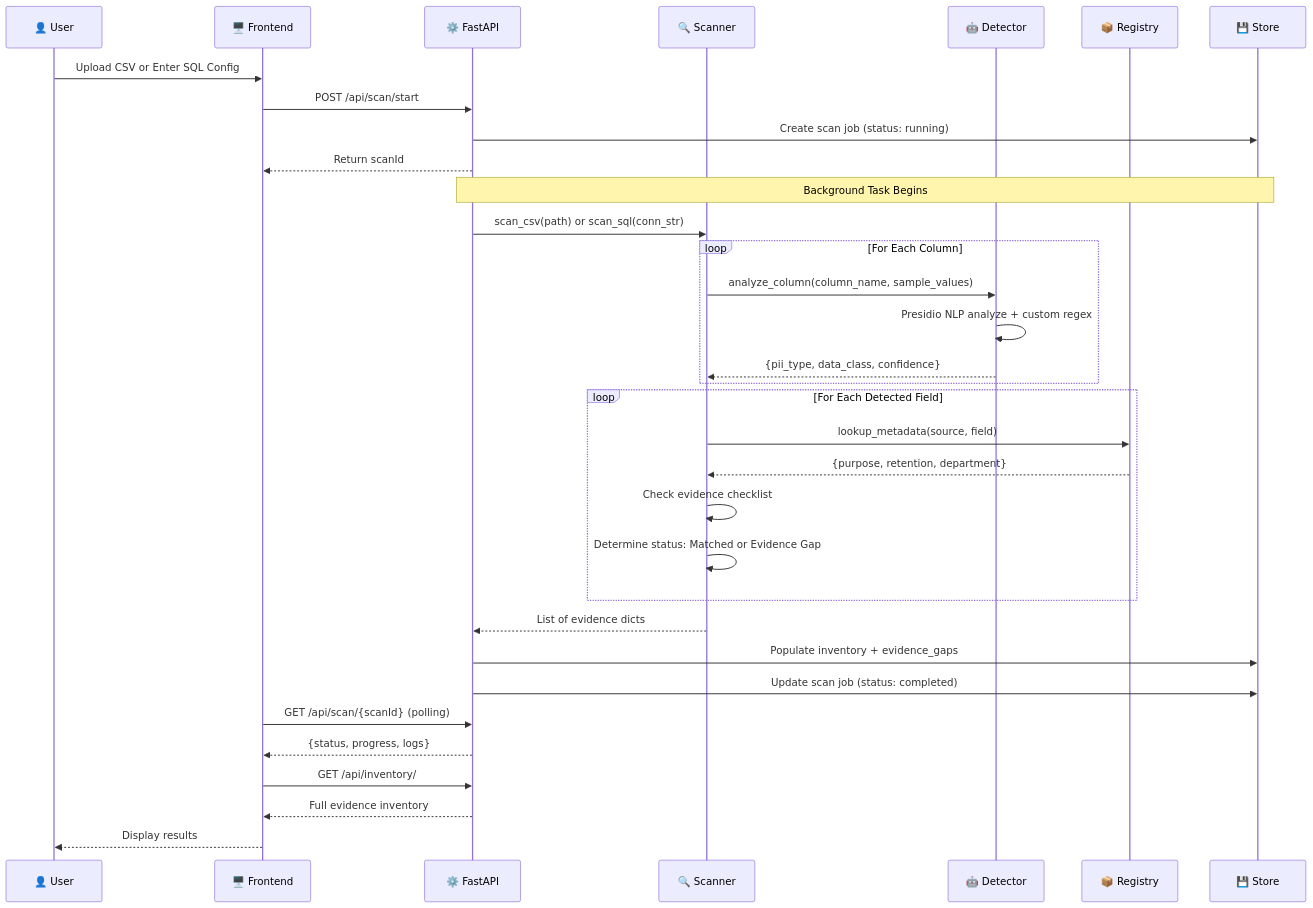
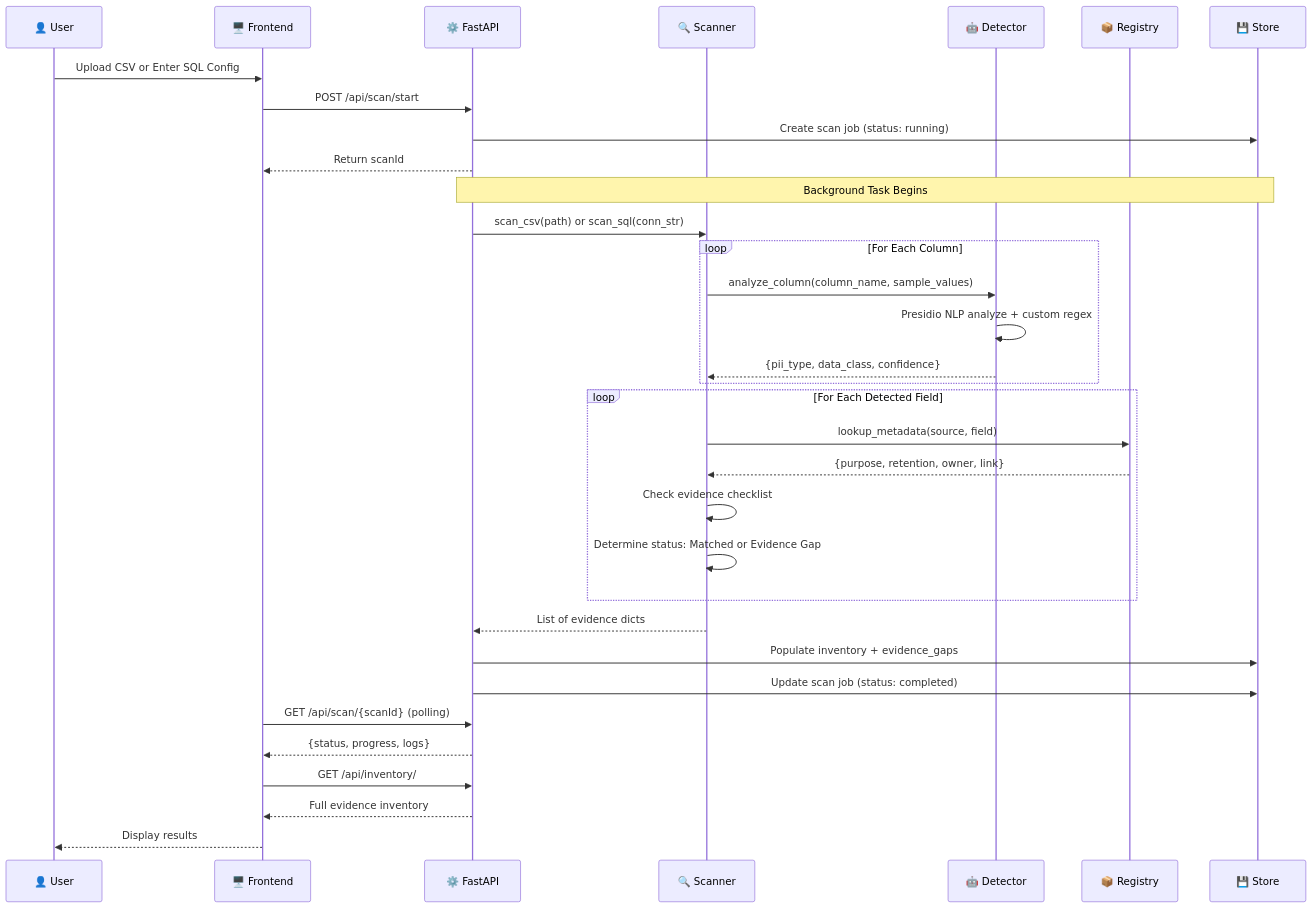
Before and after one commit to aiori-hackathon/A3-PS019-TC210: the second of 6 diagrams in README.md, drawn with Mermaid. The commit also changed other lines of this file, not shown here.

````diff
--- a/README.md
+++ b/README.md
@@ -338,43 +334,43 @@
 ```mermaid
 sequenceDiagram
     participant U as 👤 User
     participant FE as 🖥️ Frontend
     participant API as ⚙️ FastAPI
     participant SC as 🔍 Scanner
     participant DT as 🤖 Detector
     participant RG as 📦 Registry
     participant ST as 💾 Store
 
     U->>FE: Upload CSV or Enter SQL Config
     FE->>API: POST /api/scan/start
     API->>ST: Create scan job (status: running)
     API-->>FE: Return scanId
 
     Note over API,ST: Background Task Begins
 
     API->>SC: scan_csv(path) or scan_sql(conn_str)
 
     loop For Each Column
         SC->>DT: analyze_column(column_name, sample_values)
         DT->>DT: Presidio NLP analyze + custom regex
         DT-->>SC: {pii_type, data_class, confidence}
     end
 
     loop For Each Detected Field
         SC->>RG: lookup_metadata(source, field)
-        RG-->>SC: {purpose, retention, department}
+        RG-->>SC: {purpose, retention, owner, link}
         SC->>SC: Check evidence checklist
         SC->>SC: Determine status: Matched or Evidence Gap
     end
 
     SC-->>API: List of evidence dicts
     API->>ST: Populate inventory + evidence_gaps
     API->>ST: Update scan job (status: completed)
 
     FE->>API: GET /api/scan/{scanId} (polling)
     API-->>FE: {status, progress, logs}
 
     FE->>API: GET /api/inventory/
     API-->>FE: Full evidence inventory
     FE-->>U: Display results
 ```
````
